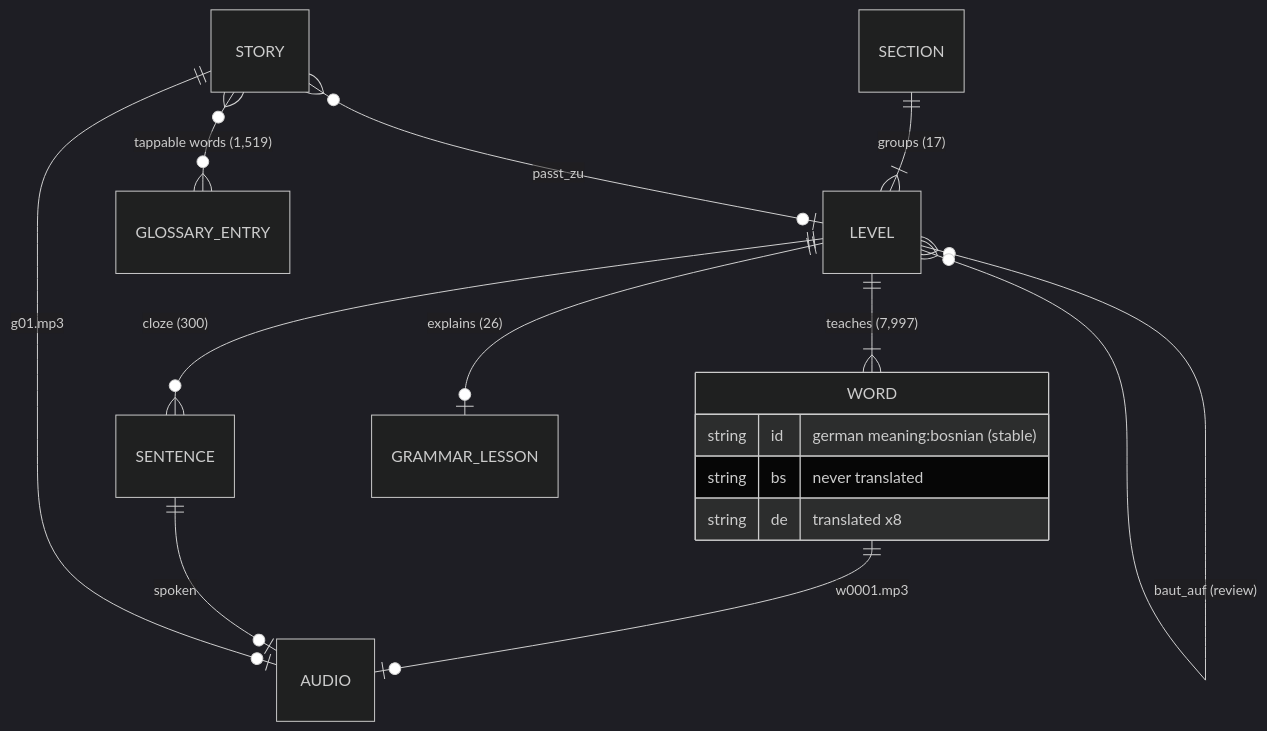
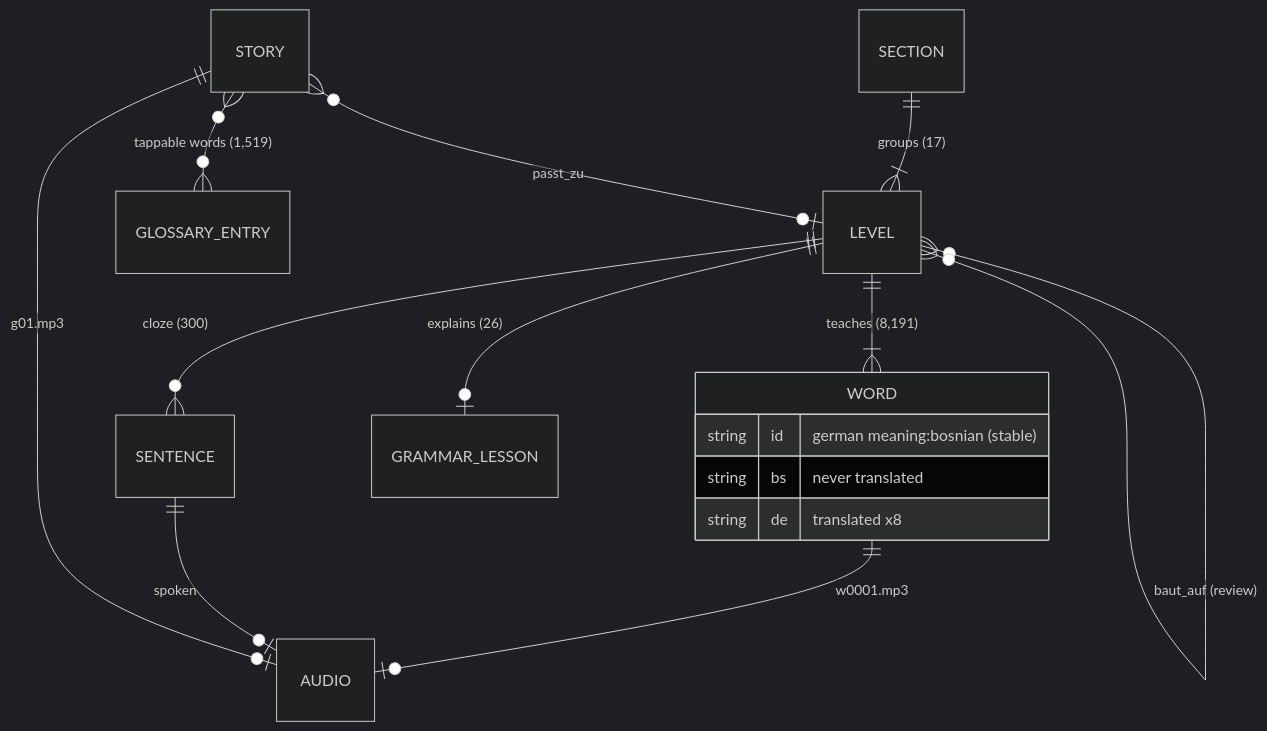
Before and after one commit to zmaj-lernapp/zmaj: the second of 3 diagrams in docs/ARCHITECTURE.md, drawn with Mermaid (dark theme). The commit also changed 81 other files, not shown here.

````diff
--- a/docs/ARCHITECTURE.md
+++ b/docs/ARCHITECTURE.md
@@ -54,18 +54,18 @@
 ```mermaid
 erDiagram
   SECTION ||--|{ LEVEL : "groups (17)"
-  LEVEL ||--|{ WORD : "teaches (7,997)"
+  LEVEL ||--|{ WORD : "teaches (8,191)"
   LEVEL ||--o{ SENTENCE : "cloze (300)"
   LEVEL ||--o| GRAMMAR_LESSON : "explains (26)"
   LEVEL }o--o{ LEVEL : "baut_auf (review)"
   STORY }o--o| LEVEL : "passt_zu"
   STORY }o--o{ GLOSSARY_ENTRY : "tappable words (1,519)"
   WORD ||--o| AUDIO : "w0001.mp3"
   SENTENCE ||--o| AUDIO : "spoken"
   STORY ||--o| AUDIO : "g01.mp3"
   WORD {
     string id "german meaning:bosnian (stable)"
     string bs "never translated"
     string de "translated x8"
   }
 ```
````
